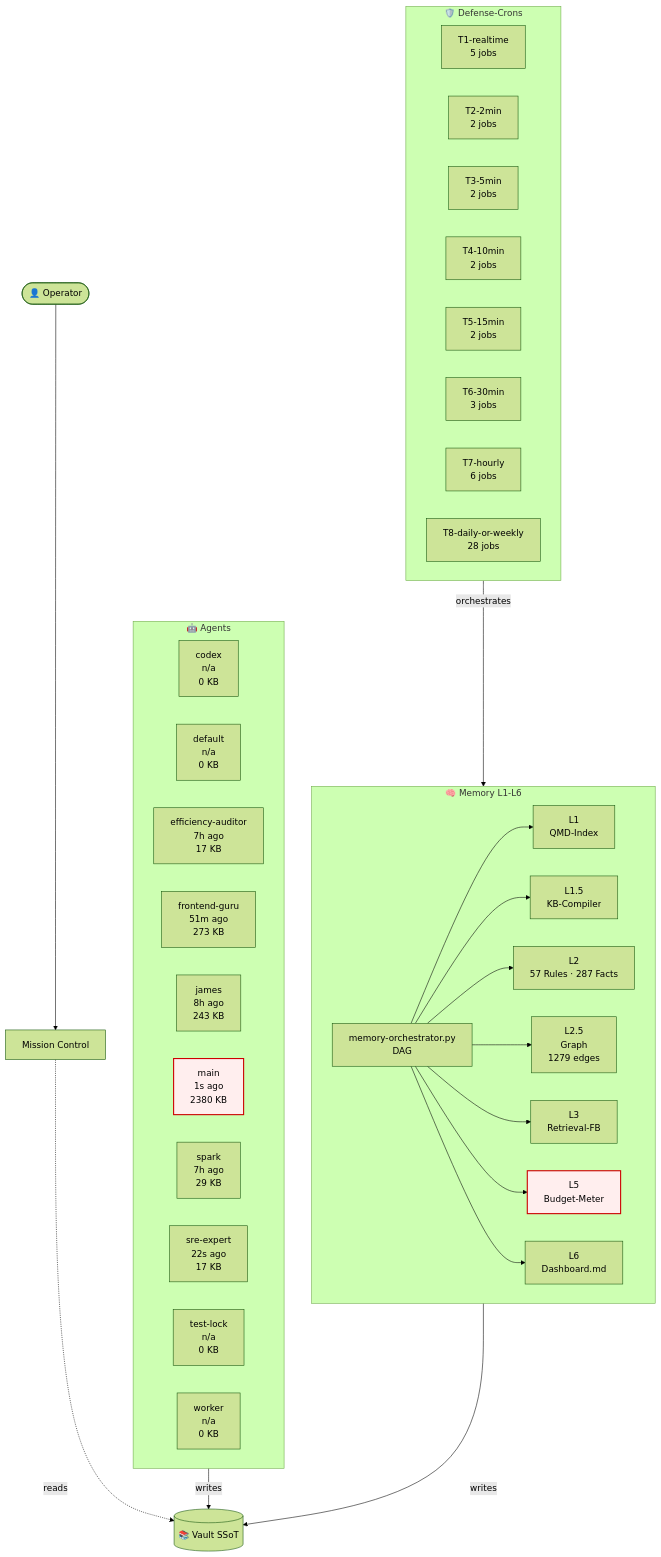
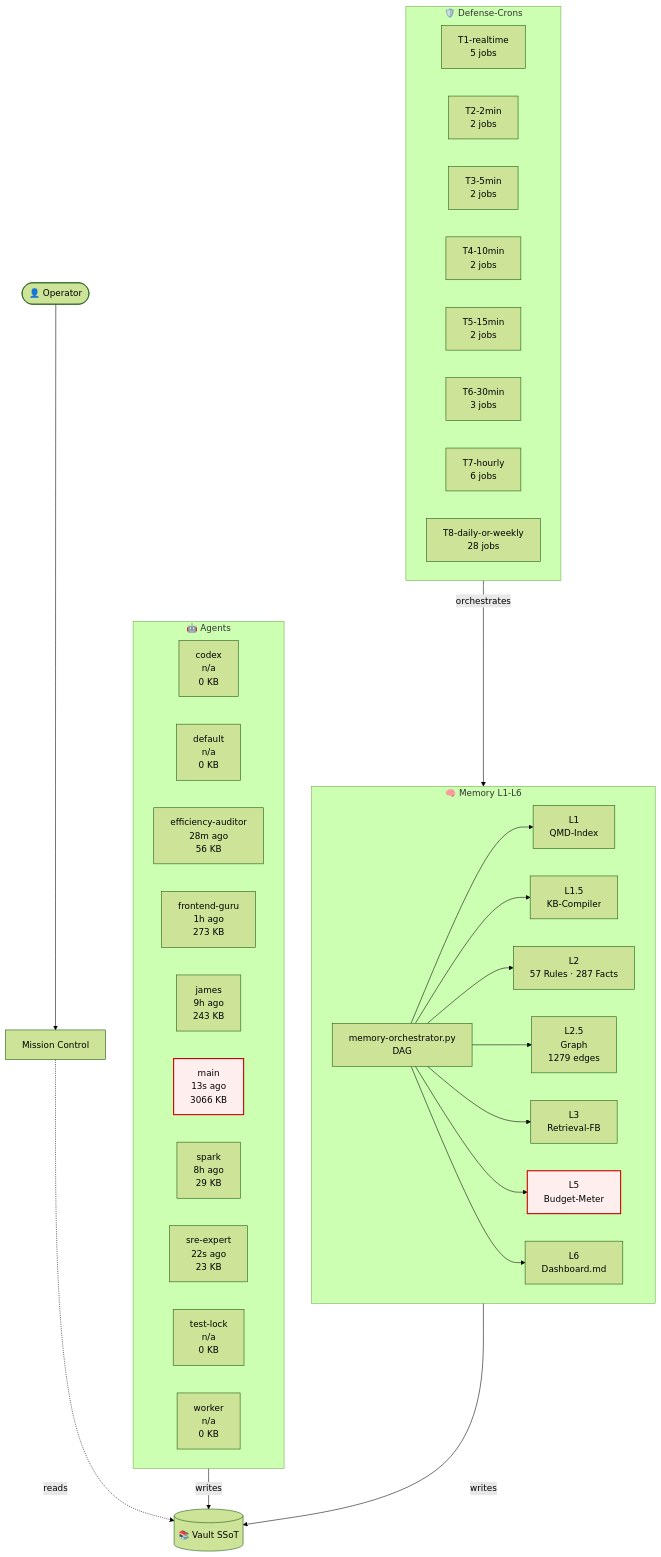
The diagram in 03-Agents/architecture-live.md (lenardhuebner88-rgb/openclaw-memory), drawn with Mermaid (forest theme) before and after one commit. The commit also changed other lines of this file and 19 other files, not shown here.

````diff
--- a/03-Agents/architecture-live.md
+++ b/03-Agents/architecture-live.md
@@ -18,53 +18,53 @@
 ```mermaid
 flowchart TB
     classDef critical fill:#fee,stroke:#c00,stroke-width:2px;
     subgraph AGT["🤖 Agents"]
         agent_codex["codex<br/>n/a<br/>0 KB"]
         agent_default["default<br/>n/a<br/>0 KB"]
-        agent_efficiency_auditor["efficiency-auditor<br/>7h ago<br/>17 KB"]
-        agent_frontend_guru["frontend-guru<br/>51m ago<br/>273 KB"]
-        agent_james["james<br/>8h ago<br/>243 KB"]
-        agent_main["main<br/>1s ago<br/>2380 KB"]
-        agent_spark["spark<br/>7h ago<br/>29 KB"]
-        agent_sre_expert["sre-expert<br/>22s ago<br/>17 KB"]
+        agent_efficiency_auditor["efficiency-auditor<br/>28m ago<br/>56 KB"]
+        agent_frontend_guru["frontend-guru<br/>1h ago<br/>273 KB"]
+        agent_james["james<br/>9h ago<br/>243 KB"]
+        agent_main["main<br/>13s ago<br/>3066 KB"]
+        agent_spark["spark<br/>8h ago<br/>29 KB"]
+        agent_sre_expert["sre-expert<br/>22s ago<br/>23 KB"]
         agent_test_lock["test-lock<br/>n/a<br/>0 KB"]
         agent_worker["worker<br/>n/a<br/>0 KB"]
     end
     subgraph MEM["🧠 Memory L1-L6"]
         L1["L1<br/>QMD-Index"]
         L15["L1.5<br/>KB-Compiler"]
         L2["L2<br/>57 Rules · 287 Facts"]
         L25["L2.5<br/>Graph<br/>1279 edges"]
         L3["L3<br/>Retrieval-FB"]
         L5["L5<br/>Budget-Meter"]
         L6["L6<br/>Dashboard.md"]
         ORCH["memory-orchestrator.py<br/>DAG"]
     end
     subgraph CRN["🛡️ Defense-Crons"]
         tier_T1_realtime["T1-realtime<br/>5 jobs"]
         tier_T2_2min["T2-2min<br/>2 jobs"]
         tier_T3_5min["T3-5min<br/>2 jobs"]
         tier_T4_10min["T4-10min<br/>2 jobs"]
         tier_T5_15min["T5-15min<br/>2 jobs"]
         tier_T6_30min["T6-30min<br/>3 jobs"]
         tier_T7_hourly["T7-hourly<br/>6 jobs"]
         tier_T8_daily_or_weekly["T8-daily-or-weekly<br/>28 jobs"]
     end
     VAULT[("📚 Vault SSoT")]
     OP([👤 Operator])
     MC["Mission Control"]
     OP --> MC
     MC -.reads.-> VAULT
     AGT -->|writes| VAULT
     MEM -->|writes| VAULT
     ORCH --> L1
     ORCH --> L15
     ORCH --> L2
     ORCH --> L25
     ORCH --> L3
     ORCH --> L5
     ORCH --> L6
     CRN -->|orchestrates| MEM
     class L5 critical
     class agent_main critical
 ```
````
